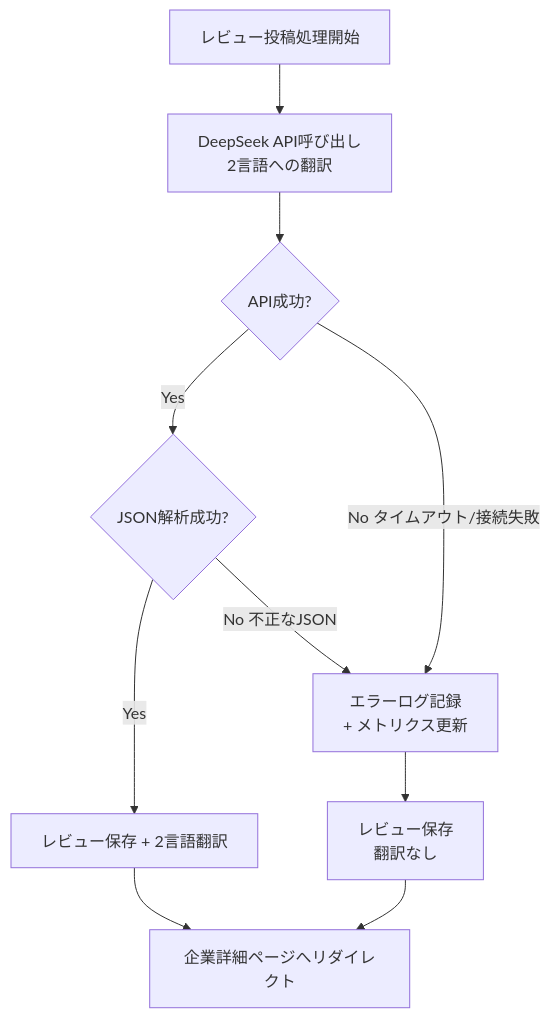
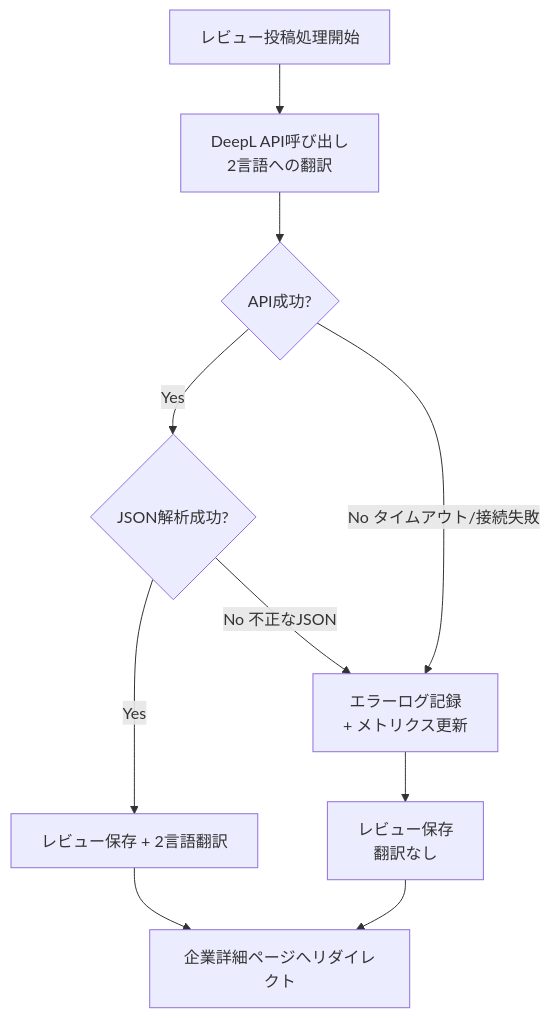
Before and after one commit to jun-JUNJUN/dxeeworld: the fourth of 6 diagrams in .kiro/specs/review-listing-and-multilingual-improvements/design.md, drawn with Mermaid. The commit also changed other lines of this file and 5 other files, not shown here.

````diff
--- a/.kiro/specs/review-listing-and-multilingual-improvements/design.md
+++ b/.kiro/specs/review-listing-and-multilingual-improvements/design.md
@@ -805,21 +805,21 @@
 ```mermaid
 flowchart TB
     Start[レビュー投稿処理開始]
-    CallAPI[DeepSeek API呼び出し<br/>2言語への翻訳]
+    CallAPI[DeepL API呼び出し<br/>2言語への翻訳]
     APISuccess{API成功?}
     ParseJSON{JSON解析成功?}
     SaveWithTranslation[レビュー保存 + 2言語翻訳]
     SaveWithoutTranslation[レビュー保存<br/>翻訳なし]
     LogError[エラーログ記録<br/>+ メトリクス更新]
     Redirect[企業詳細ページへリダイレクト]
 
     Start --> CallAPI
     CallAPI --> APISuccess
     APISuccess -->|Yes| ParseJSON
     APISuccess -->|No タイムアウト/接続失敗| LogError
     ParseJSON -->|Yes| SaveWithTranslation
     ParseJSON -->|No 不正なJSON| LogError
     LogError --> SaveWithoutTranslation
     SaveWithTranslation --> Redirect
     SaveWithoutTranslation --> Redirect
 ```
````
